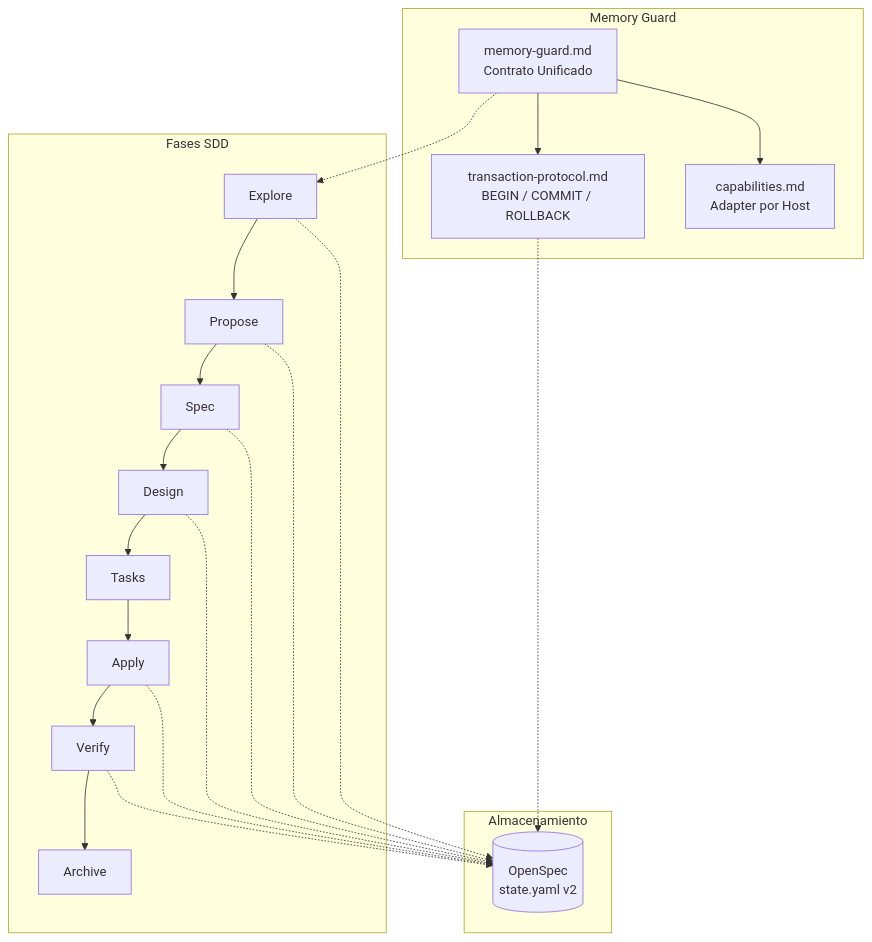
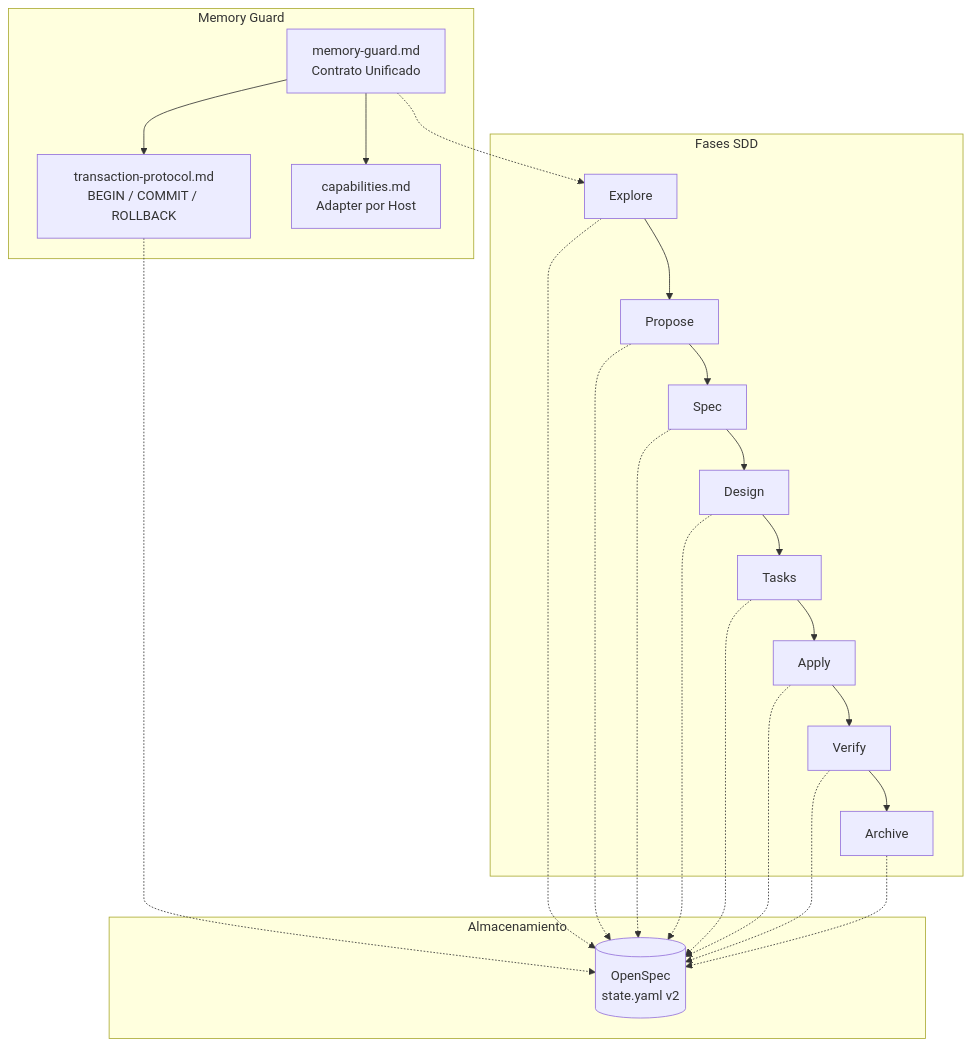
Before and after one commit to fdomerlo/state-guard: the diagram in README.md, drawn with Mermaid. The commit also changed 31 other files, not shown here.

````diff
--- a/README.md
+++ b/README.md
@@ -107,28 +107,28 @@
 ```mermaid
 graph TB
     subgraph "Memory Guard"
         MG["memory-guard.md\nContrato Unificado"]
         TXN["transaction-protocol.md\nBEGIN / COMMIT / ROLLBACK"]
         CAP["capabilities.md\nAdapter por Host"]
     end
 
     subgraph "Fases SDD"
         E[Explore] --> P[Propose]
         P --> S[Spec]
         S --> D[Design]
         D --> T[Tasks]
         T --> A[Apply]
         A --> V[Verify]
-        V --> R[Archive]
+        V --> ARC[Archive]
     end
 
     subgraph "Almacenamiento"
         O[("OpenSpec\nstate.yaml v2")]
     end
 
     MG --> TXN
     MG --> CAP
     MG -.-> E
     TXN -.-> O
-    E & P & S & D & A & V -.-> O
+    E & P & S & D & T & A & V & ARC -.-> O
 ```
````
